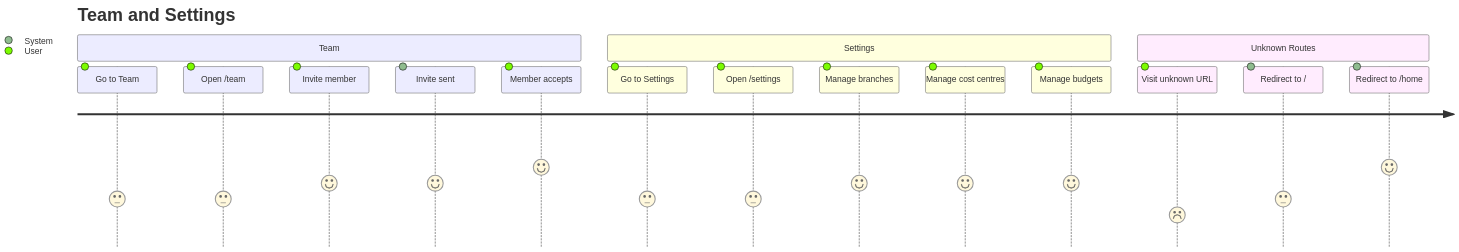
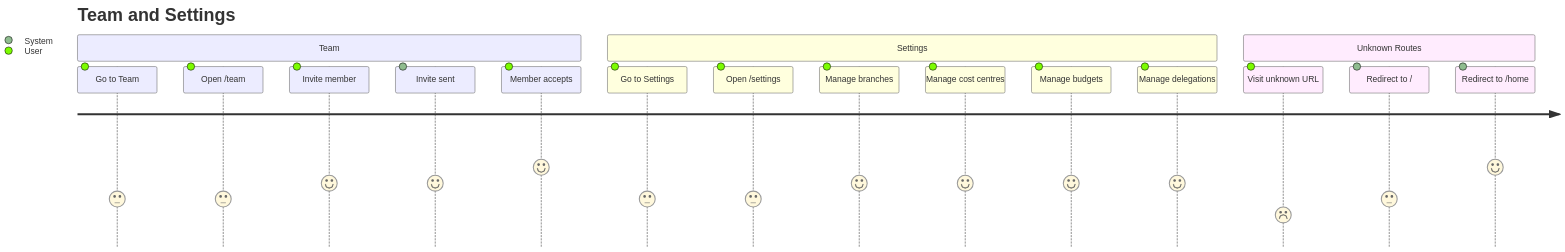
Before and after one commit to YasserHosny/ProcurePilot: diagram 12 of 12 in docs/user/user-flows.md, drawn with Mermaid. The commit also changed other lines of this file and 15 other files, not shown here.

````diff
--- a/docs/user/user-flows.md
+++ b/docs/user/user-flows.md
@@ -263,20 +270,21 @@
 ```mermaid
 journey
     title Team and Settings
     section Team
         Go to Team: 3: User
         Open /team: 3: User
         Invite member: 4: User
         Invite sent: 4: System
         Member accepts: 5: User
     section Settings
         Go to Settings: 3: User
         Open /settings: 3: User
         Manage branches: 4: User
         Manage cost centres: 4: User
         Manage budgets: 4: User
+        Manage delegations: 4: User
     section Unknown Routes
         Visit unknown URL: 2: User
         Redirect to /: 3: System
         Redirect to /home: 5: System
 ```
````
